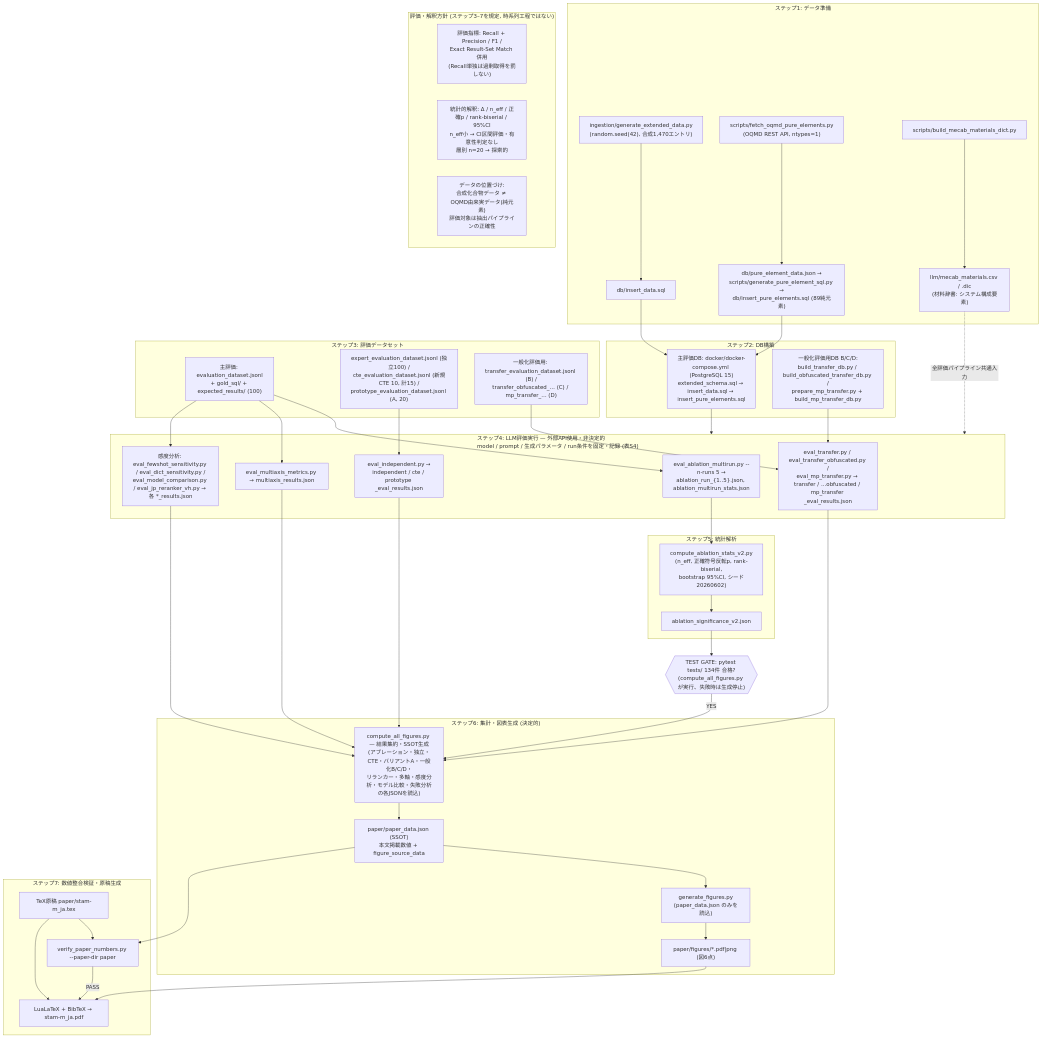
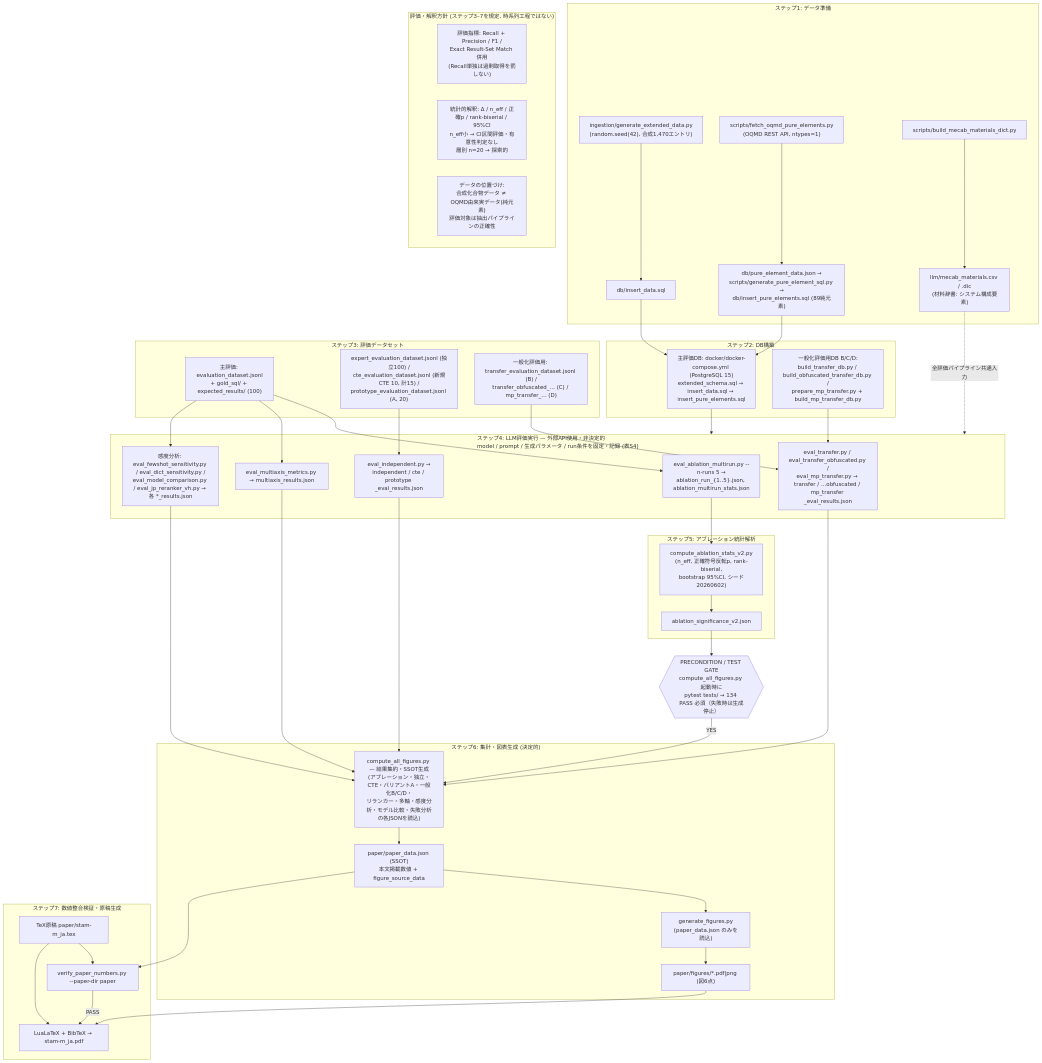
Before and after one commit to minimumtone/machine-learning: the diagram in l12-schema-graph-text2sql/paper/figures/workflow.mmd, drawn with Mermaid. The commit also changed 3 other files, not shown here.

Commit message:
docs: ステップ5をアブレーション統計解析に限定・TEST GATEをPRECONDITION表現に微修正

```diff
--- a/l12-schema-graph-text2sql/paper/figures/workflow.mmd
+++ b/l12-schema-graph-text2sql/paper/figures/workflow.mmd
@@ -1,69 +1,69 @@
 flowchart TB
   subgraph S1["ステップ1: データ準備"]
     A1["ingestion/generate_extended_data.py<br/>(random.seed(42), 合成1,470エントリ)"] --> A2["db/insert_data.sql"]
     B1["scripts/fetch_oqmd_pure_elements.py<br/>(OQMD REST API, ntypes=1)"] --> B2["db/pure_element_data.json →<br/>scripts/generate_pure_element_sql.py →<br/>db/insert_pure_elements.sql (89純元素)"]
     C1["scripts/build_mecab_materials_dict.py"] --> C2["llm/mecab_materials.csv / .dic<br/>(材料辞書: システム構成要素)"]
   end
 
   subgraph S2["ステップ2: DB構築"]
     D2["主評価DB: docker/docker-compose.yml (PostgreSQL 15)<br/>extended_schema.sql → insert_data.sql → insert_pure_elements.sql"]
     D3["一般化評価用DB B/C/D:<br/>build_transfer_db.py / build_obfuscated_transfer_db.py /<br/>prepare_mp_transfer.py + build_mp_transfer_db.py"]
   end
   A2 --> D2
   B2 --> D2
 
   subgraph S3["ステップ3: 評価データセット"]
     E1["主評価: evaluation_dataset.jsonl<br/>+ gold_sql/ + expected_results/ (100)"]
     E2["expert_evaluation_dataset.jsonl (独立100) /<br/>cte_evaluation_dataset.jsonl (新規CTE 10, 計15) /<br/>prototype_evaluation_dataset.jsonl (A, 20)"]
     E4["一般化評価用: transfer_evaluation_dataset.jsonl (B) /<br/>transfer_obfuscated_… (C) / mp_transfer_… (D)"]
   end
 
   subgraph S4["ステップ4: LLM評価実行 — 外部API使用・非決定的<br/>model / prompt / 生成パラメータ / run条件を固定・記録 (表S4)"]
     F1["eval_ablation_multirun.py --n-runs 5 →<br/>ablation_run_{1..5}.json, ablation_multirun_stats.json"]
     F2["eval_multiaxis_metrics.py → multiaxis_results.json"]
     F3["eval_independent.py →<br/>independent / cte / prototype _eval_results.json"]
     F4["eval_transfer.py / eval_transfer_obfuscated.py /<br/>eval_mp_transfer.py → transfer / …obfuscated / mp_transfer _eval_results.json"]
     F5["感度分析: eval_fewshot_sensitivity.py / eval_dict_sensitivity.py /<br/>eval_model_comparison.py / eval_jp_reranker_vh.py → 各 *_results.json"]
   end
   D2 --> S4
   D3 --> F4
   E1 --> F1
   E1 --> F2
   E1 --> F5
   E2 --> F3
   E4 --> F4
   C2 -. 全評価パイプライン共通入力 .-> S4
 
-  subgraph S5["ステップ5: 統計解析"]
+  subgraph S5["ステップ5: アブレーション統計解析"]
     G1["compute_ablation_stats_v2.py<br/>(n_eff, 正確符号反転p, rank-biserial,<br/>bootstrap 95%CI, シード20260602)"] --> G2["ablation_significance_v2.json"]
   end
   F1 --> G1
 
-  GATE{{"TEST GATE: pytest tests/ 134件 合格?<br/>(compute_all_figures.py が実行、失敗時は生成停止)"}}
+  GATE{{"PRECONDITION / TEST GATE<br/>compute_all_figures.py 起動時に<br/>pytest tests/ → 134 PASS 必須（失敗時は生成停止）"}}
   G2 --> GATE
 
   subgraph S6["ステップ6: 集計・図表生成 (決定的)"]
     H1["compute_all_figures.py — 結果集約・SSOT生成<br/>(アブレーション・独立・CTE・バリアントA・一般化B/C/D・<br/>リランカー・多軸・感度分析・モデル比較・失敗分析の各JSONを読込)"] --> H2["paper/paper_data.json (SSOT)<br/>本文掲載数値 + figure_source_data"]
     H3["generate_figures.py<br/>(paper_data.json のみを読込)"] --> H4["paper/figures/*.pdf|png (図6点)"]
   end
   GATE -- YES --> H1
   F2 --> H1
   F3 --> H1
   F4 --> H1
   F5 --> H1
   H2 --> H3
 
   subgraph S7["ステップ7: 数値整合検証・原稿生成"]
     TEX["TeX原稿 paper/stam-m_ja.tex"]
     I1["verify_paper_numbers.py --paper-dir paper"] -- PASS --> I2["LuaLaTeX + BibTeX → stam-m_ja.pdf"]
   end
   H2 --> I1
   TEX --> I1
   TEX --> I2
   H4 --> I2
 
   subgraph POLICY["評価・解釈方針 (ステップ3–7を規定, 時系列工程ではない)"]
     J1["評価指標: Recall + Precision / F1 /<br/>Exact Result-Set Match 併用<br/>(Recall単独は過剰取得を罰しない)"]
     J2["統計的解釈: Δ / n_eff / 正確p / rank-biserial / 95%CI<br/>n_eff小 → CI区間評価・有意性判定なし<br/>層別 n=20 → 探索的"]
     J3["データの位置づけ:<br/>合成化合物データ ≠ OQMD由来実データ(純元素)<br/>評価対象は抽出パイプラインの正確性"]
   end
```
